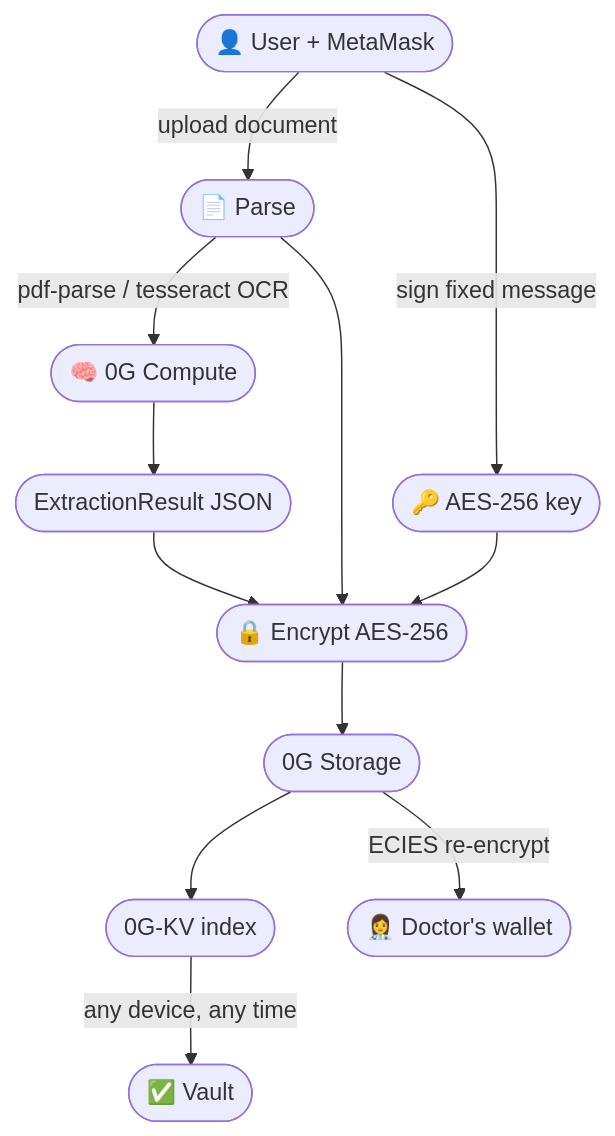
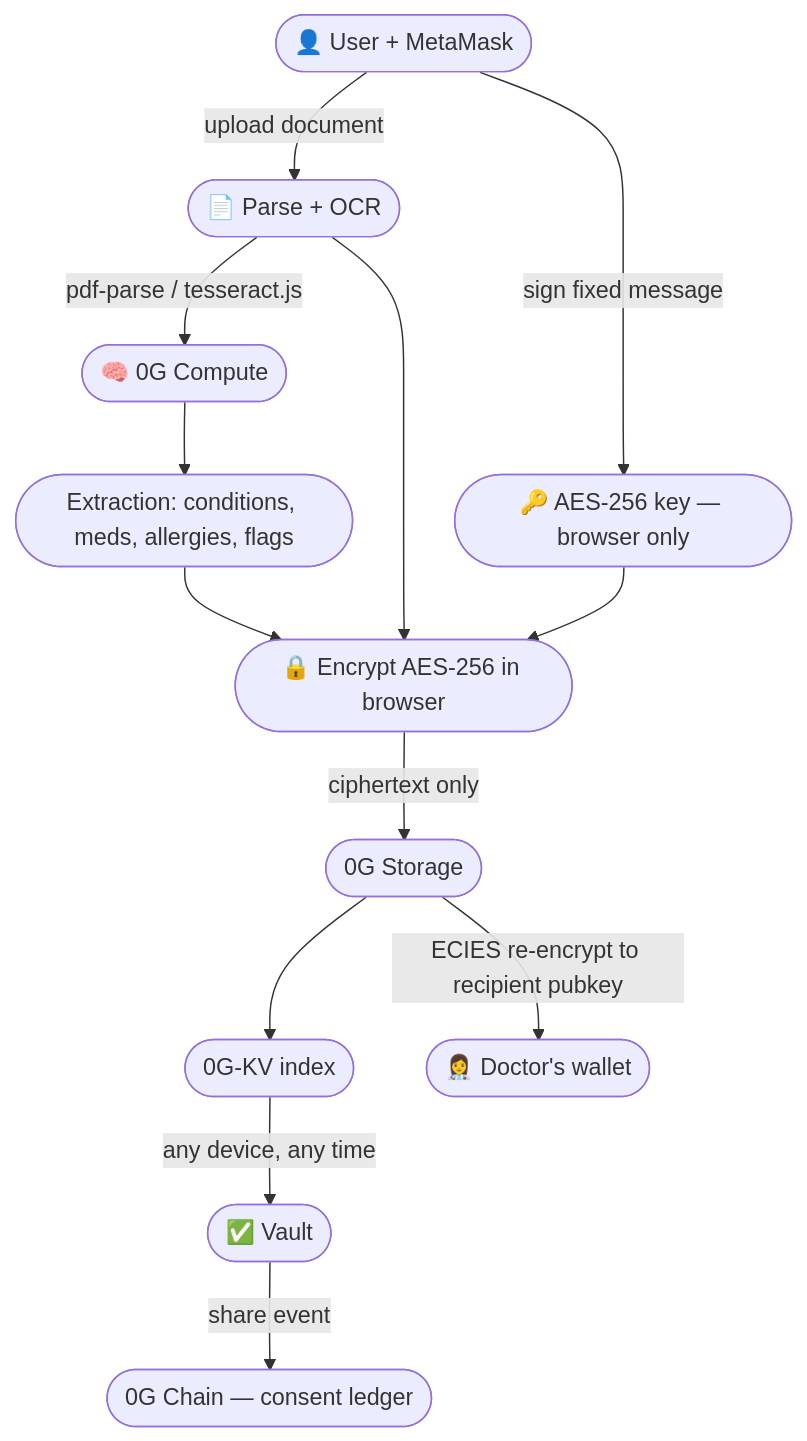
The diagram in README.md (salch-cred/medivault), drawn with Mermaid before and after one commit. The commit also changed other lines of this file, not shown here.

````diff
--- a/README.md
+++ b/README.md
@@ -203,14 +223,15 @@
 ```mermaid
 flowchart TD
-  U(["👤 User + MetaMask"]) -->|"sign fixed message"| K(["🔑 AES-256 key"])
-  U -->|"upload document"| P(["📄 Parse"])
-  P -->|"pdf-parse / tesseract OCR"| AI(["🧠 0G Compute"])
-  AI --> EX(["ExtractionResult JSON"])
-  EX --> ENC(["🔒 Encrypt AES-256"])
+  U(["👤 User + MetaMask"]) -->|"sign fixed message"| K(["🔑 AES-256 key — browser only"])
+  U -->|"upload document"| P(["📄 Parse + OCR"])
+  P -->|"pdf-parse / tesseract.js"| AI(["🧠 0G Compute"])
+  AI --> EX(["Extraction: conditions, meds, allergies, flags"])
+  EX --> ENC(["🔒 Encrypt AES-256 in browser"])
   P --> ENC
   K --> ENC
-  ENC --> S(["0G Storage"])
+  ENC -->|"ciphertext only"| S(["0G Storage"])
   S --> IDX(["0G-KV index"])
   IDX -->|"any device, any time"| V(["✅ Vault"])
-  S -->|"ECIES re-encrypt"| D(["👩‍⚕️ Doctor's wallet"])
+  S -->|"ECIES re-encrypt to recipient pubkey"| D(["👩‍⚕️ Doctor's wallet"])
+  V -->|"share event"| CL(["0G Chain — consent ledger"])
 ```
````
